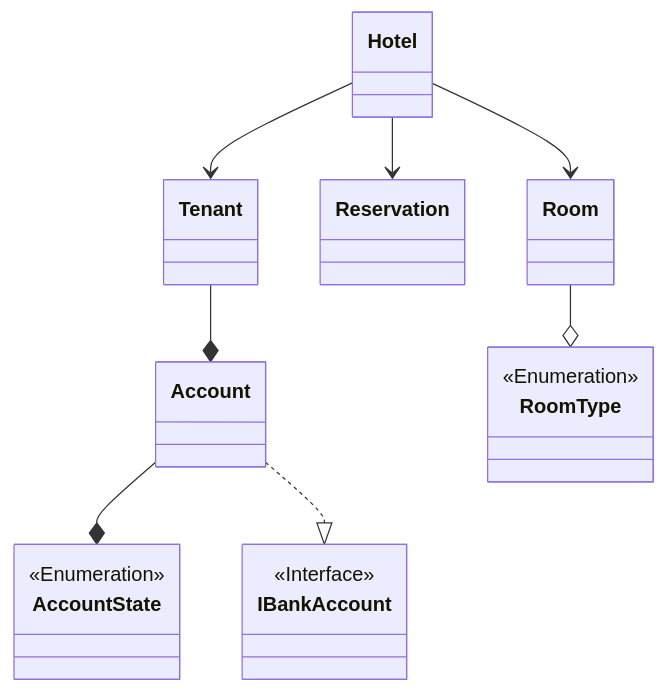
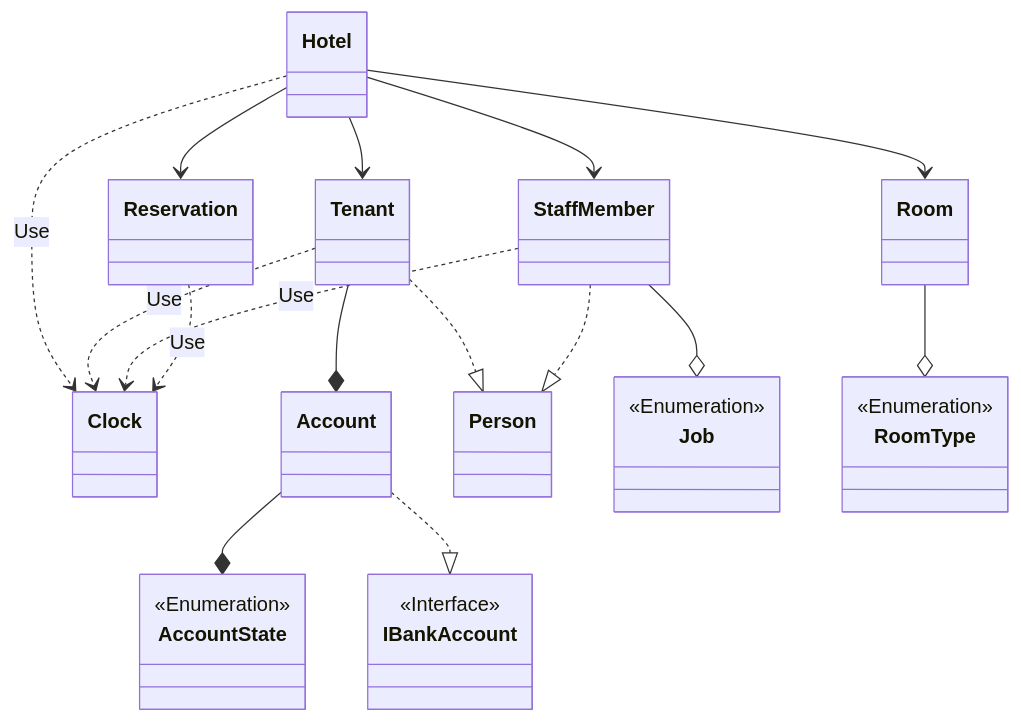
One commit to Zariams/OOP_Practice changed the first of 2 diagrams in README.md. Above: the diagram before and after it, drawn with Mermaid. The commit also changed other lines of this file, not shown here.

Commit message:
Updated diagrams in README.md

````diff
--- a/README.md
+++ b/README.md
@@ -10,15 +10,23 @@
 ```mermaid
 classDiagram
 Hotel --> Tenant
+Hotel --> StaffMember
 Hotel --> Reservation
 Hotel --> Room
+Hotel ..> Clock: Use
 Tenant --* Account
+Tenant ..|> Person
+Tenant ..> Clock: Use
+StaffMember --o Job
+StaffMember ..|> Person
+StaffMember ..> Clock: Use
+Reservation ..> Clock: Use
 Account --* AccountState
 Account ..|> IBankAccount
 Room --o RoomType
 
 <<Enumeration>> AccountState
 <<Enumeration>> RoomType
 <<Interface>> IBankAccount
-
+<<Enumeration>> Job
 ```
````
